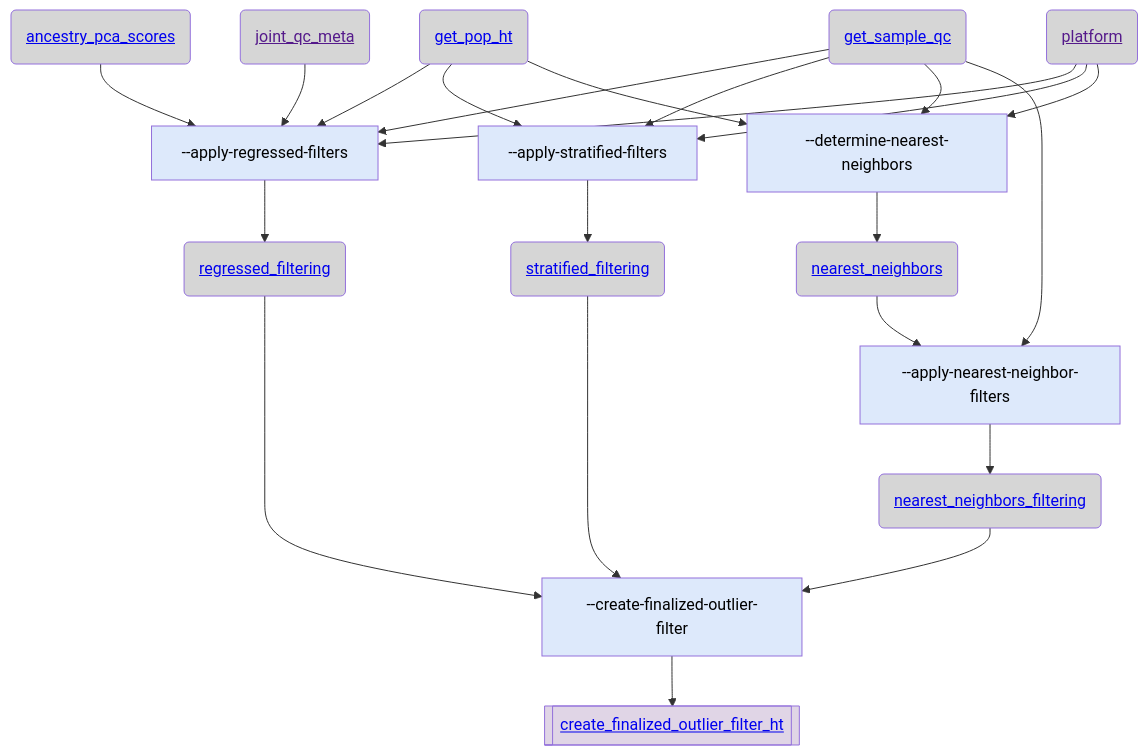
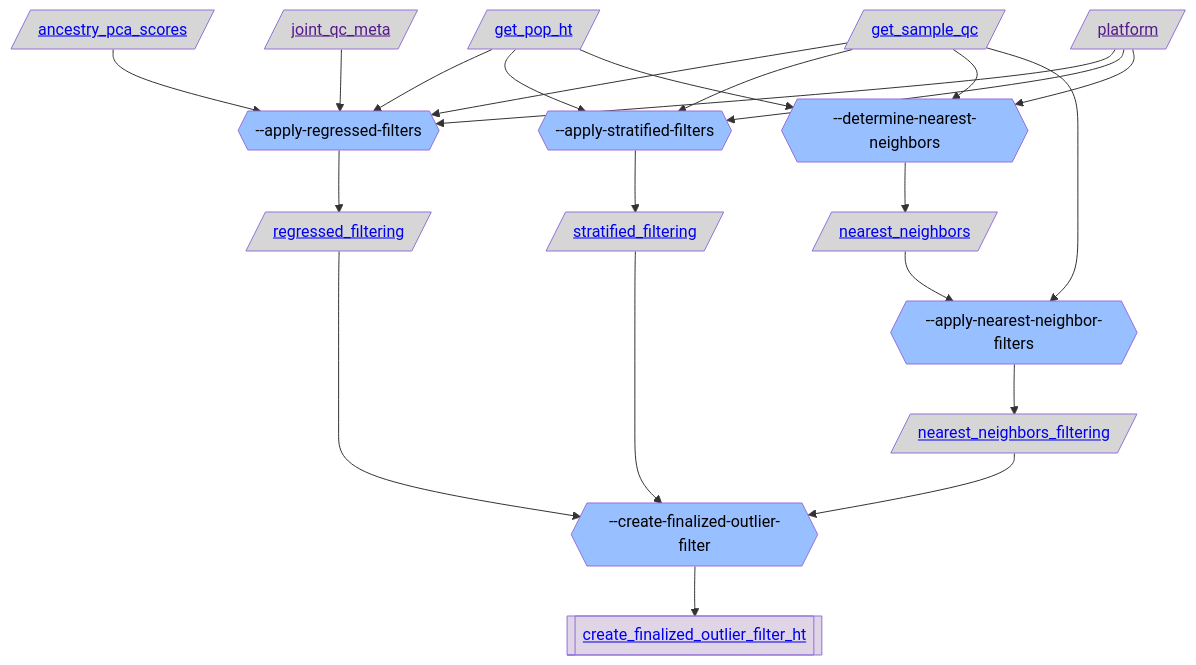
Before and after one commit to broadinstitute/gnomad_qc: the third of 4 diagrams in gnomad_qc/v4/sample_qc/README.md, drawn with Mermaid. The commit also changed other lines of this file and 4 other files, not shown here.

````diff
--- a/gnomad_qc/v4/sample_qc/README.md
+++ b/gnomad_qc/v4/sample_qc/README.md
@@ -280,47 +280,47 @@
 ```mermaid
 flowchart TB;
   classDef script_color fill:#2C5D4A,color:#000000
-  classDef step_color fill:#DDE9FB,color:#000000
+  classDef step_color fill:#98BFFF,color:#000000
   classDef func_color fill:#E0D5E6,color:#000000
   classDef gnomad_methods_color fill:#F9F2CE,color:#000000
   classDef hail_color fill:#FAEACE,color:#000000
   classDef resource_color fill:#D6D6D6,color:#000000
   classDef validity_check_color fill:#2C5D4A,color:#000000
 
-  resource_get_sample_qc("<a href='https://github.com/broadinstitute/gnomad_qc/tree/main/gnomad_qc/v4/resources/sample_qc.py#L44'>get_sample_qc</a>"):::resource_color;
-  step_apply_regressed_filters["--apply-regressed-filters"]:::step_color;
-  resource_ancestry_pca_scores("<a href='https://github.com/broadinstitute/gnomad_qc/tree/main/gnomad_qc/v4/resources/sample_qc.py#L624'>ancestry_pca_scores</a>"):::resource_color;
-  resource_get_pop_ht("<a href='https://github.com/broadinstitute/gnomad_qc/tree/main/gnomad_qc/v4/resources/sample_qc.py#L698'>get_pop_ht</a>"):::resource_color;
-  resource_platform("<a href=''>platform</a>"):::resource_color;
-  resource_joint_qc_meta("<a href=''>joint_qc_meta</a>"):::resource_color;
-  resource_regressed_filtering("<a href='https://github.com/broadinstitute/gnomad_qc/tree/main/gnomad_qc/v4/resources/sample_qc.py#L780'>regressed_filtering</a>"):::resource_color;
-  step_create_finalized_outlier_filter["--create-finalized-outlier-filter"]:::step_color;
+  resource_get_sample_qc[/"<a href='https://github.com/broadinstitute/gnomad_qc/tree/main/gnomad_qc/v4/resources/sample_qc.py#L44'>get_sample_qc</a>"/]:::resource_color;
+  step_apply_regressed_filters{{"--apply-regressed-filters"}}:::step_color;
+  resource_ancestry_pca_scores[/"<a href='https://github.com/broadinstitute/gnomad_qc/tree/main/gnomad_qc/v4/resources/sample_qc.py#L624'>ancestry_pca_scores</a>"/]:::resource_color;
+  resource_get_pop_ht[/"<a href='https://github.com/broadinstitute/gnomad_qc/tree/main/gnomad_qc/v4/resources/sample_qc.py#L698'>get_pop_ht</a>"/]:::resource_color;
+  resource_platform[/"<a href=''>platform</a>"/]:::resource_color;
+  resource_joint_qc_meta[/"<a href=''>joint_qc_meta</a>"/]:::resource_color;
+  resource_regressed_filtering[/"<a href='https://github.com/broadinstitute/gnomad_qc/tree/main/gnomad_qc/v4/resources/sample_qc.py#L780'>regressed_filtering</a>"/]:::resource_color;
+  step_create_finalized_outlier_filter{{"--create-finalized-outlier-filter"}}:::step_color;
   func_create_finalized_outlier_filter_ht[["<a href='https://github.com/broadinstitute/gnomad_qc/tree/main/gnomad_qc/v4/sample_qc/outlier_filtering.py#L587'>create_finalized_outlier_filter_ht</a>"]]:::func_color;
-  step_apply_stratified_filters["--apply-stratified-filters"]:::step_color;
-  resource_stratified_filtering("<a href='https://github.com/broadinstitute/gnomad_qc/tree/main/gnomad_qc/v4/resources/sample_qc.py#L749'>stratified_filtering</a>"):::resource_color;
-  step_apply_nearest_neighbor_filters["--apply-nearest-neighbor-filters"]:::step_color;
-  resource_nearest_neighbors_filtering("<a href='https://github.com/broadinstitute/gnomad_qc/tree/main/gnomad_qc/v4/resources/sample_qc.py#L856'>nearest_neighbors_filtering</a>"):::resource_color;
-  step_determine_nearest_neighbors["--determine-nearest-neighbors"]:::step_color;
-  resource_nearest_neighbors("<a href='https://github.com/broadinstitute/gnomad_qc/tree/main/gnomad_qc/v4/resources/sample_qc.py#L820'>nearest_neighbors</a>"):::resource_color;
+  step_apply_stratified_filters{{"--apply-stratified-filters"}}:::step_color;
+  resource_stratified_filtering[/"<a href='https://github.com/broadinstitute/gnomad_qc/tree/main/gnomad_qc/v4/resources/sample_qc.py#L749'>stratified_filtering</a>"/]:::resource_color;
+  step_apply_nearest_neighbor_filters{{"--apply-nearest-neighbor-filters"}}:::step_color;
+  resource_nearest_neighbors_filtering[/"<a href='https://github.com/broadinstitute/gnomad_qc/tree/main/gnomad_qc/v4/resources/sample_qc.py#L856'>nearest_neighbors_filtering</a>"/]:::resource_color;
+  step_determine_nearest_neighbors{{"--determine-nearest-neighbors"}}:::step_color;
+  resource_nearest_neighbors[/"<a href='https://github.com/broadinstitute/gnomad_qc/tree/main/gnomad_qc/v4/resources/sample_qc.py#L820'>nearest_neighbors</a>"/]:::resource_color;
   resource_get_sample_qc --> step_apply_regressed_filters;
   resource_ancestry_pca_scores --> step_apply_regressed_filters;
   resource_get_pop_ht --> step_apply_regressed_filters;
   resource_platform --> step_apply_regressed_filters;
   resource_joint_qc_meta --> step_apply_regressed_filters;
   step_apply_regressed_filters --> resource_regressed_filtering;
   resource_regressed_filtering --> step_create_finalized_outlier_filter;
   step_create_finalized_outlier_filter --> func_create_finalized_outlier_filter_ht;
   step_apply_stratified_filters --> resource_stratified_filtering;
   resource_stratified_filtering --> step_create_finalized_outlier_filter;
   step_apply_nearest_neighbor_filters --> resource_nearest_neighbors_filtering;
   resource_nearest_neighbors_filtering --> step_create_finalized_outlier_filter;
   resource_get_sample_qc --> step_apply_stratified_filters;
   resource_get_pop_ht --> step_apply_stratified_filters;
   resource_platform --> step_apply_stratified_filters;
   resource_get_sample_qc --> step_determine_nearest_neighbors;
   resource_get_pop_ht --> step_determine_nearest_neighbors;
   resource_platform --> step_determine_nearest_neighbors;
   step_determine_nearest_neighbors --> resource_nearest_neighbors;
   resource_nearest_neighbors --> step_apply_nearest_neighbor_filters;
   resource_get_sample_qc --> step_apply_nearest_neighbor_filters;
 ```
````
